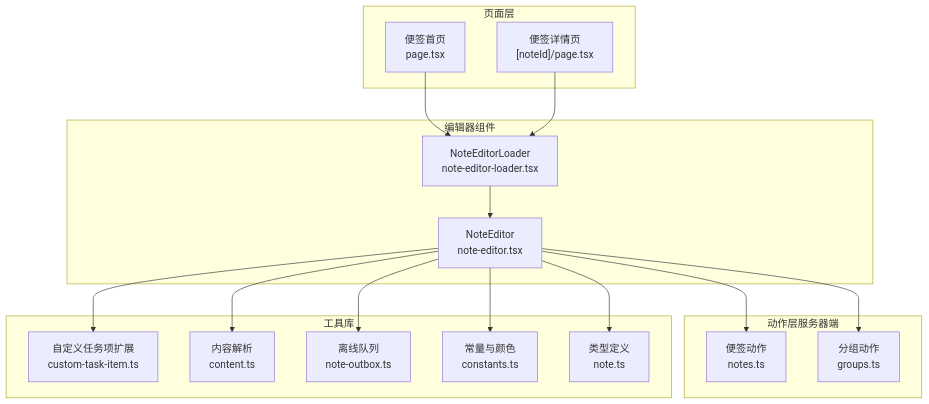
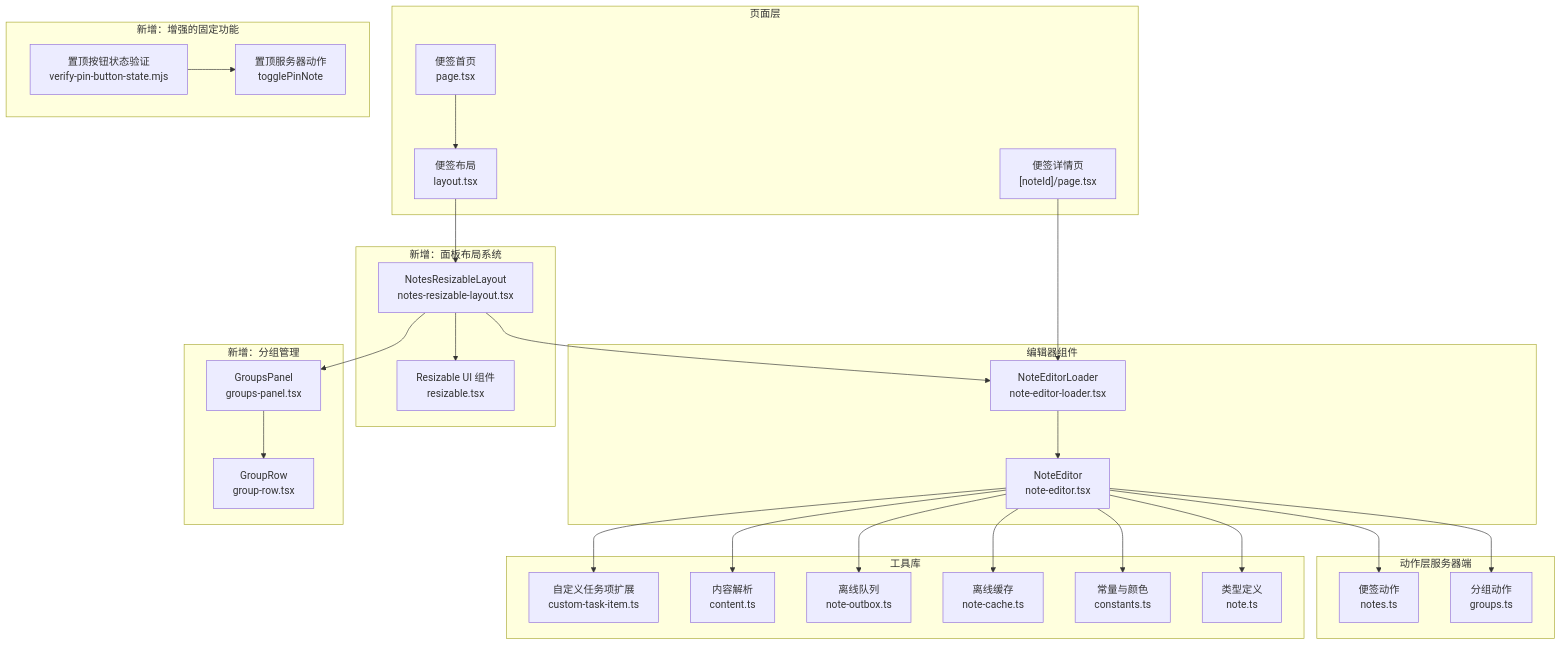
One commit to qiuziGirl/smart-todo changed the first of 12 diagrams in .qoder/repowiki/zh/content/便签管理系统/便签管理系统.md. Above: the diagram before and after it, drawn with Mermaid. The commit also changed other lines of this file and 8 other files, not shown here.

````diff
--- a/.qoder/repowiki/zh/content/便签管理系统/便签管理系统.md
+++ b/.qoder/repowiki/zh/content/便签管理系统/便签管理系统.md
@@ -44,32 +62,53 @@
 ```mermaid
 graph TB
 subgraph "页面层"
 P1["便签首页<br/>page.tsx"]
 P2["便签详情页<br/>[noteId]/page.tsx"]
+P3["便签布局<br/>layout.tsx"]
 end
 subgraph "编辑器组件"
 E1["NoteEditorLoader<br/>note-editor-loader.tsx"]
 E2["NoteEditor<br/>note-editor.tsx"]
 end
 subgraph "动作层服务器端"
 A1["便签动作<br/>notes.ts"]
 A2["分组动作<br/>groups.ts"]
 end
 subgraph "工具库"
 U1["自定义任务项扩展<br/>custom-task-item.ts"]
 U2["内容解析<br/>content.ts"]
 U3["离线队列<br/>note-outbox.ts"]
-U4["常量与颜色<br/>constants.ts"]
-U5["类型定义<br/>note.ts"]
+U4["离线缓存<br/>note-cache.ts"]
+U5["常量与颜色<br/>constants.ts"]
+U6["类型定义<br/>note.ts"]
 end
-P1 --> E1
+subgraph "新增：面板布局系统"
+PL1["NotesResizableLayout<br/>notes-resizable-layout.tsx"]
+PL2["Resizable UI 组件<br/>resizable.tsx"]
+end
+subgraph "新增：分组管理"
+G1["GroupsPanel<br/>groups-panel.tsx"]
+G2["GroupRow<br/>group-row.tsx"]
+end
+subgraph "新增：增强的固定功能"
+PF1["置顶按钮状态验证<br/>verify-pin-button-state.mjs"]
+PF2["置顶服务器动作<br/>togglePinNote"]
+end
+P1 --> P3
 P2 --> E1
+P3 --> PL1
+PL1 --> E1
+PL1 --> G1
+G1 --> G2
 E1 --> E2
 E2 --> A1
 E2 --> A2
 E2 --> U1
 E2 --> U2
 E2 --> U3
 E2 --> U4
 E2 --> U5
+E2 --> U6
+PL1 --> PL2
+PF1 --> PF2
 ```
````
